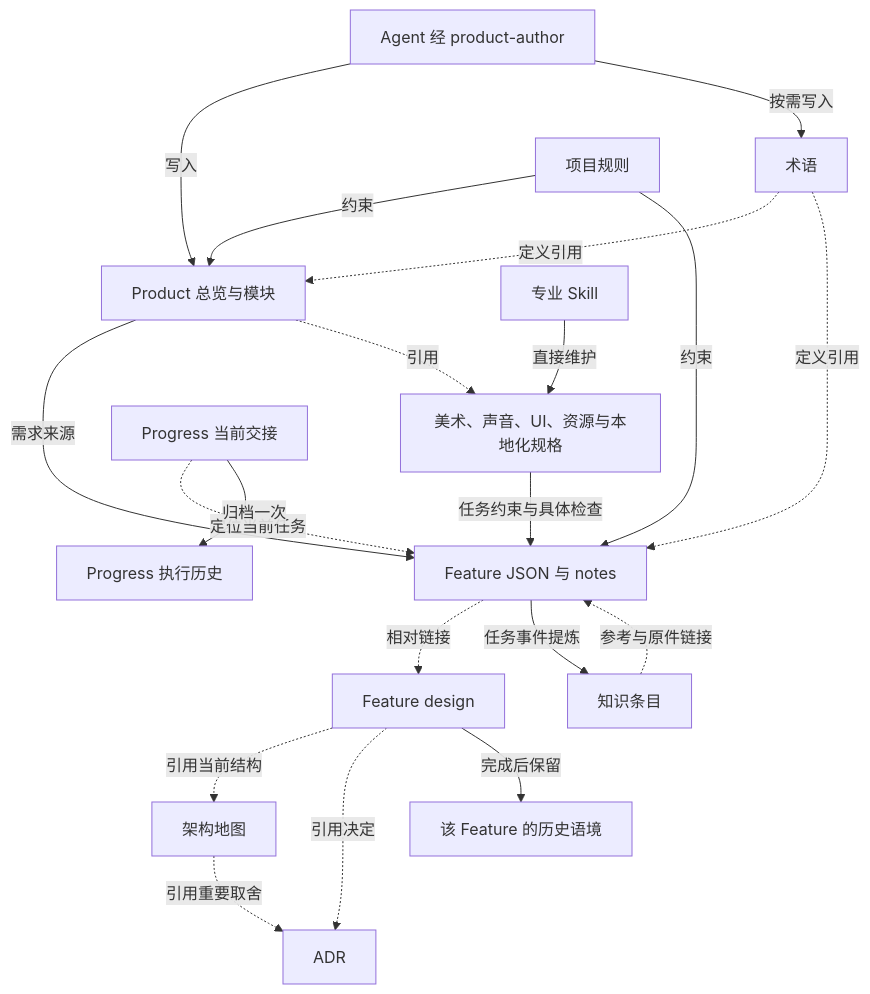
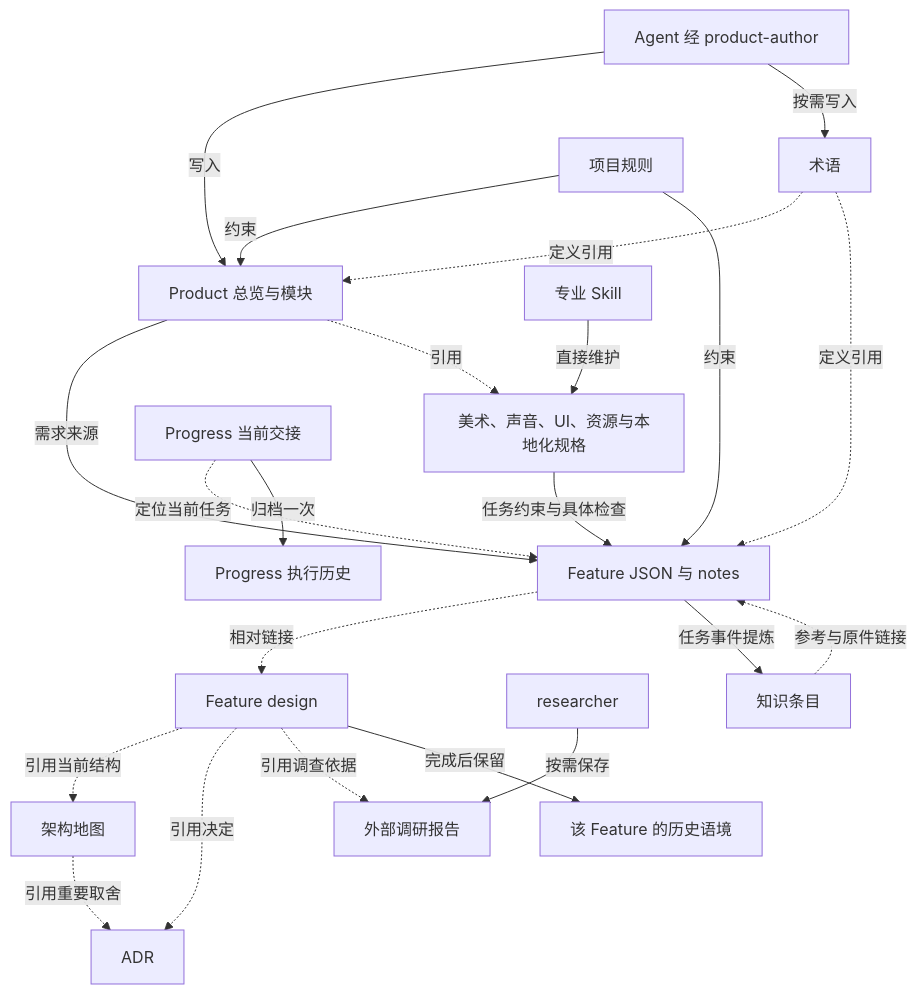
Before and after one commit to yxy823/Game_idle_yaya_frame: the diagram in framework/docs/blank-project/reference/project-layout.md, drawn with Mermaid. The commit also changed other lines of this file and 24 other files, not shown here.

````diff
--- a/framework/docs/blank-project/reference/project-layout.md
+++ b/framework/docs/blank-project/reference/project-layout.md
@@ -11,22 +11,24 @@
 ```mermaid
 flowchart TD
     A[Agent 经 product-author] -->|写入| P[Product 总览与模块]
     A -->|按需写入| T[术语]
     T -.->|定义引用| P
     T -.->|定义引用| F[Feature JSON 与 notes]
     R[项目规则] -->|约束| P
     R -->|约束| F
     P -->|需求来源| F
     S[专业 Skill] -->|直接维护| Q[美术、声音、UI、资源与本地化规格]
     Q -->|任务约束与具体检查| F
     P -.->|引用| Q
     F -.->|相对链接| D[Feature design]
     D -.->|引用当前结构| M[架构地图]
     M -.->|引用重要取舍| J[ADR]
     D -.->|引用决定| J
+    E[researcher] -->|按需保存| X[外部调研报告]
+    D -.->|引用调查依据| X
     F -->|任务事件提炼| K[知识条目]
     K -.->|参考与原件链接| F
     G[Progress 当前交接] -.->|定位当前任务| F
     G -->|归档一次| H[Progress 执行历史]
     D -->|完成后保留| Z[该 Feature 的历史语境]
 ```
````
